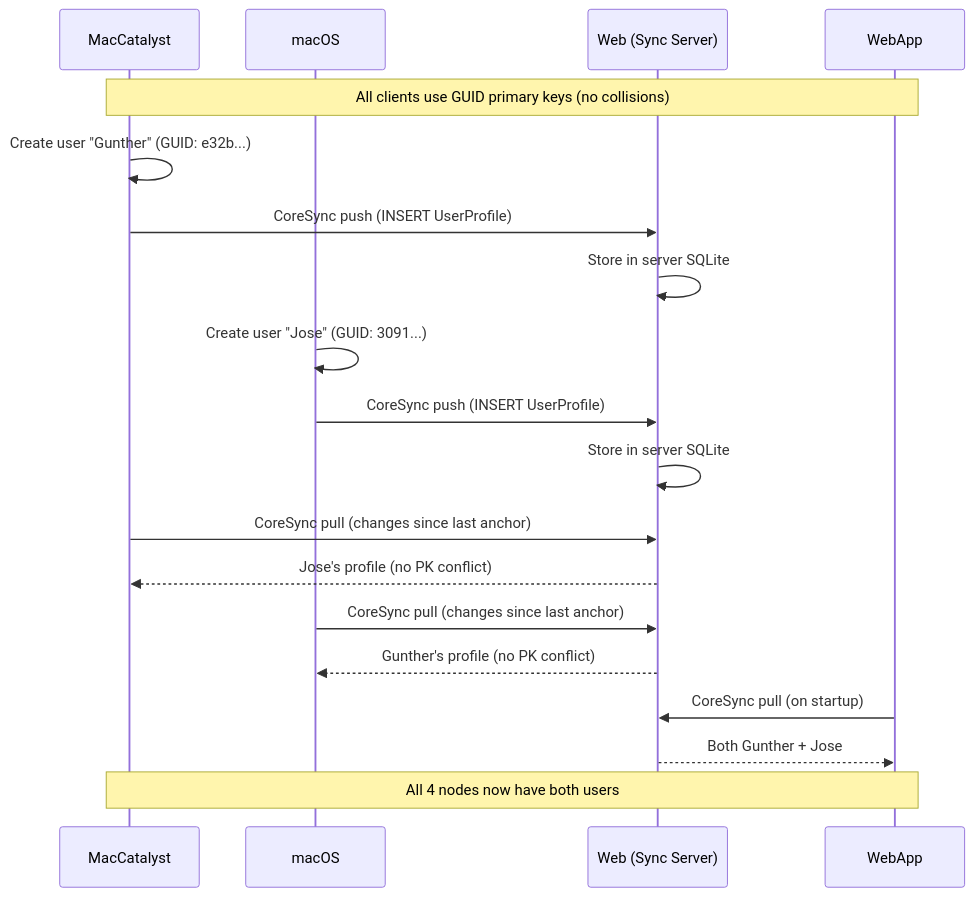
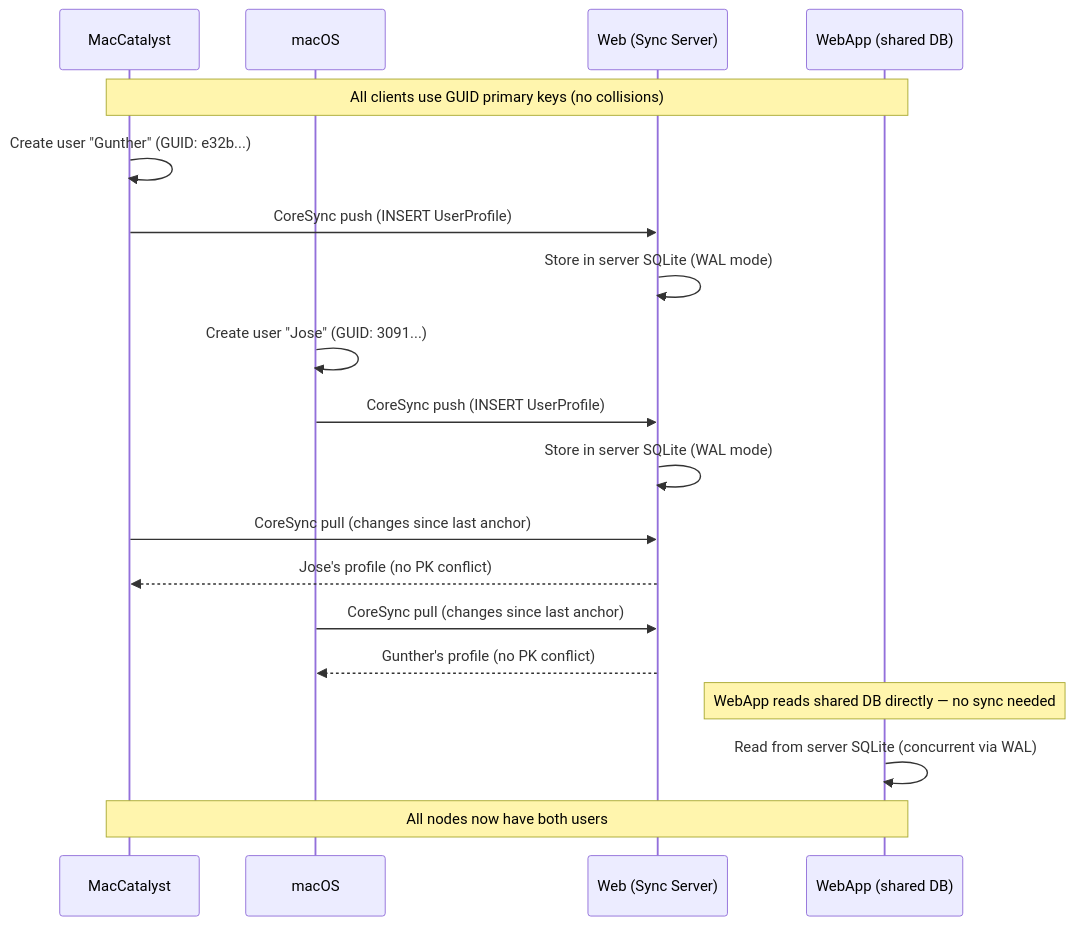
Before and after one commit to davidortinau/SentenceStudio: the second of 2 diagrams in docs/architecture.md, drawn with Mermaid. The commit also changed other lines of this file and 13 other files, not shown here.

First line of the commit message:
Architecture: Aspire integration, shared DB, new AI endpoints

````diff
--- a/docs/architecture.md
+++ b/docs/architecture.md
@@ -103,28 +112,28 @@
 ```mermaid
 sequenceDiagram
     participant MC as MacCatalyst
     participant MO as macOS
     participant WS as Web (Sync Server)
-    participant WA as WebApp
+    participant WA as WebApp (shared DB)
 
     Note over MC,WA: All clients use GUID primary keys (no collisions)
 
     MC->>MC: Create user "Gunther" (GUID: e32b...)
     MC->>WS: CoreSync push (INSERT UserProfile)
-    WS->>WS: Store in server SQLite
+    WS->>WS: Store in server SQLite (WAL mode)
 
     MO->>MO: Create user "Jose" (GUID: 3091...)
     MO->>WS: CoreSync push (INSERT UserProfile)
-    WS->>WS: Store in server SQLite
+    WS->>WS: Store in server SQLite (WAL mode)
 
     MC->>WS: CoreSync pull (changes since last anchor)
     WS-->>MC: Jose's profile (no PK conflict)
 
     MO->>WS: CoreSync pull (changes since last anchor)
     WS-->>MO: Gunther's profile (no PK conflict)
 
-    WA->>WS: CoreSync pull (on startup)
-    WS-->>WA: Both Gunther + Jose
+    Note over WA: WebApp reads shared DB directly — no sync needed
+    WA->>WA: Read from server SQLite (concurrent via WAL)
 
-    Note over MC,WA: All 4 nodes now have both users
+    Note over MC,WA: All nodes now have both users
 ```
````
